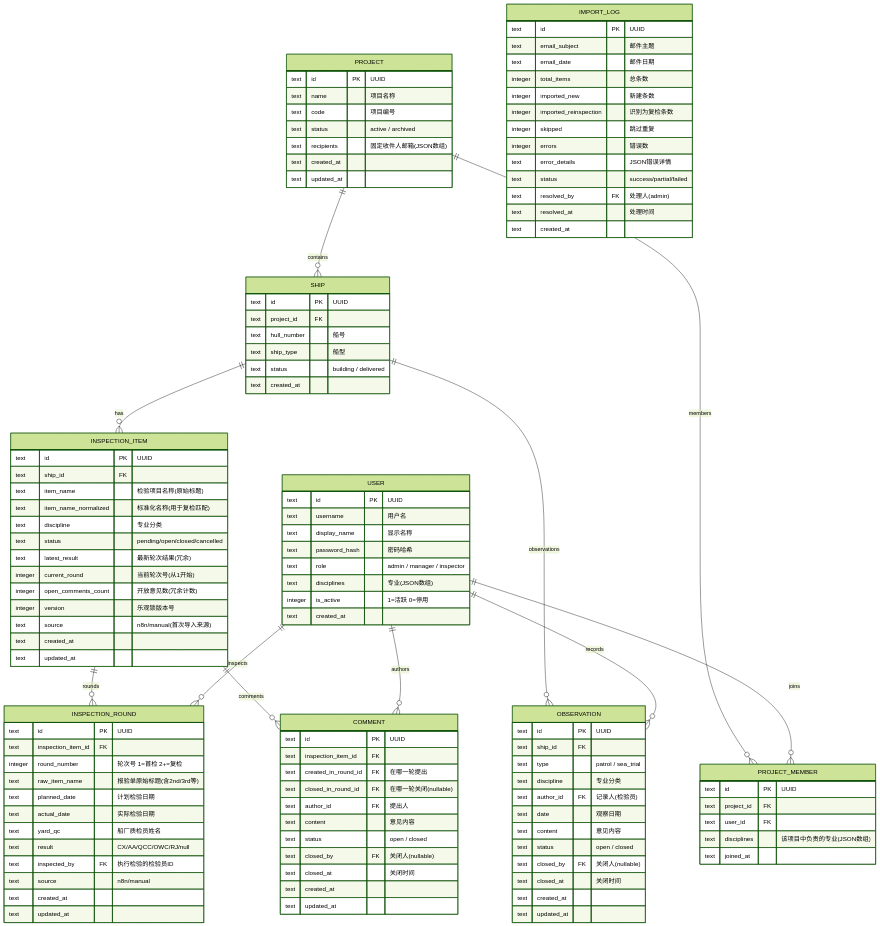
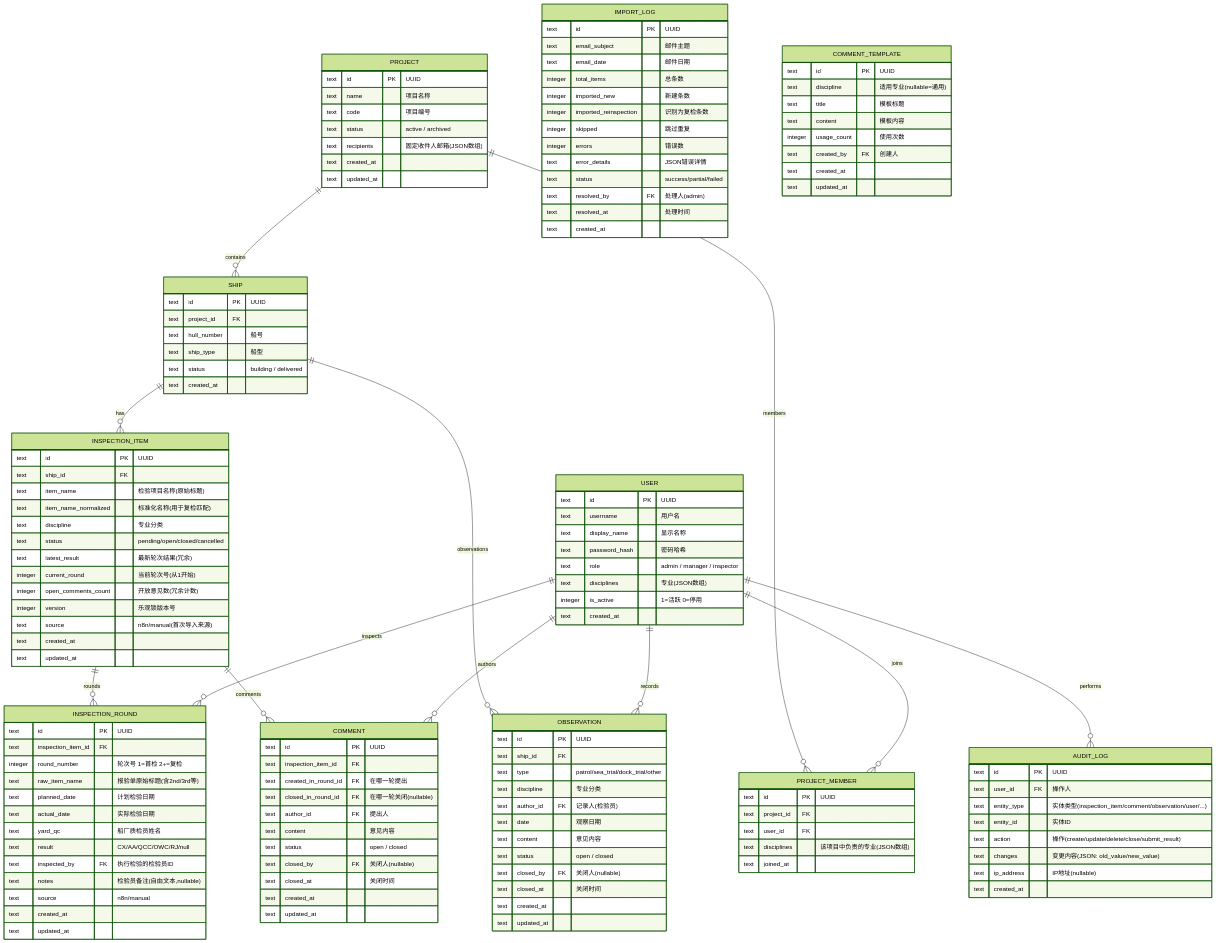
One commit to xingkaijun/nbins changed the fourth of 6 diagrams in docs/architecture.md. Above: the diagram before and after it, drawn with Mermaid (forest theme). The commit also changed other lines of this file and 1 other file, not shown here.

Commit message:
docs: architecture v5 - full enhancement (audit log, batch submit, JWT refresh, comment templates, today checklist PDF, data export, password reset, notes field, D1 capacity planning)

````diff
--- a/docs/architecture.md
+++ b/docs/architecture.md
@@ -148,6 +148,7 @@
     USER ||--o{ INSPECTION_ROUND : "inspects"
     USER ||--o{ COMMENT : "authors"
     USER ||--o{ OBSERVATION : "records"
+    USER ||--o{ AUDIT_LOG : "performs"
 
     PROJECT {
         text id PK "UUID"
@@ -213,6 +214,7 @@
         text yard_qc "船厂质检员姓名"
         text result "CX/AA/QCC/OWC/RJ/null"
         text inspected_by FK "执行检验的检验员ID"
+        text notes "检验员备注(自由文本,nullable)"
         text source "n8n/manual"
         text created_at
         text updated_at
@@ -250,7 +252,7 @@
     OBSERVATION {
         text id PK "UUID"
         text ship_id FK
-        text type "patrol / sea_trial"
+        text type "patrol/sea_trial/dock_trial/other"
         text discipline "专业分类"
         text author_id FK "记录人(检验员)"
         text date "观察日期"
@@ -261,4 +263,26 @@
         text created_at
         text updated_at
     }
+
+    COMMENT_TEMPLATE {
+        text id PK "UUID"
+        text discipline "适用专业(nullable=通用)"
+        text title "模板标题"
+        text content "模板内容"
+        integer usage_count "使用次数"
+        text created_by FK "创建人"
+        text created_at
+        text updated_at
+    }
+
+    AUDIT_LOG {
+        text id PK "UUID"
+        text user_id FK "操作人"
+        text entity_type "实体类型(inspection_item/comment/observation/user/...)"
+        text entity_id "实体ID"
+        text action "操作(create/update/delete/close/submit_result)"
+        text changes "变更内容(JSON: old_value/new_value)"
+        text ip_address "IP地址(nullable)"
+        text created_at
+    }
 ```
````
